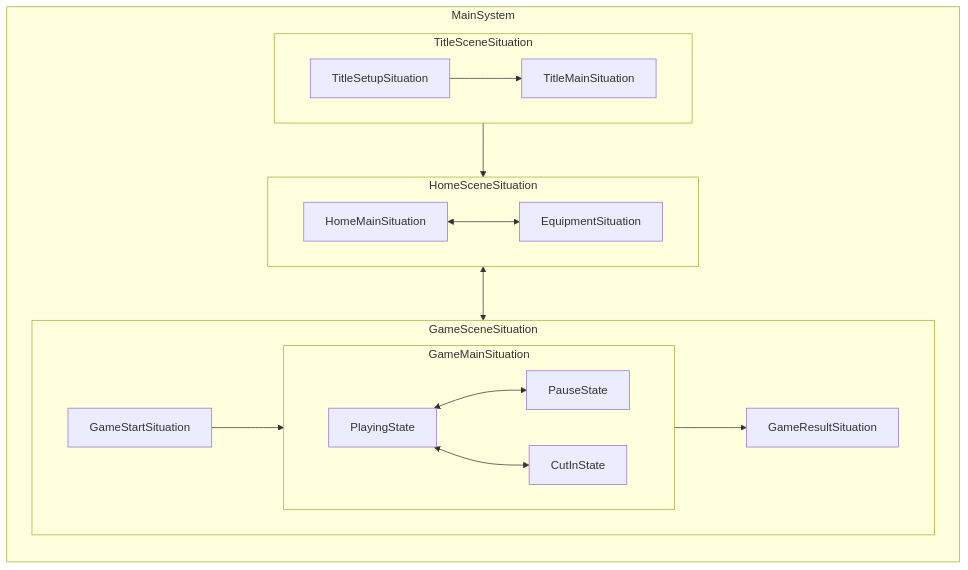
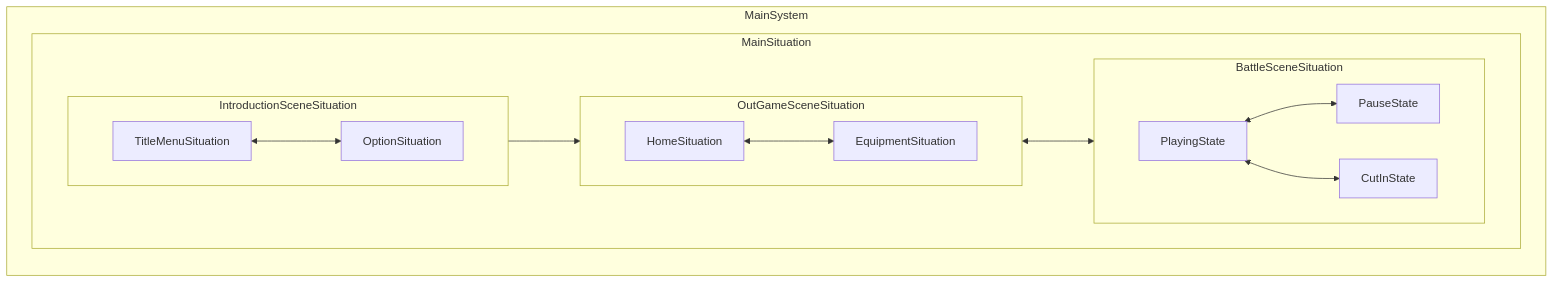
The diagram in README.md (DaitokuAmy/game-framework), drawn with Mermaid before and after one commit. The commit also changed other lines of this file, not shown here.

````diff
--- a/README.md
+++ b/README.md
@@ -92,23 +90,21 @@
 ```mermaid
 flowchart LR
 subgraph MainSystem
-  subgraph TitleSceneSituation
-    TitleSetupSituation --> TitleMainSituation
-  end
+  subgraph MainSituation
+    subgraph IntroductionSceneSituation
+      TitleMenuSituation <--> OptionSituation
+    end
 
-  subgraph HomeSceneSituation
-    HomeMainSituation <--> EquipmentSituation
-  end
-  
-  subgraph GameSceneSituation
-    subgraph GameMainSituation
+    subgraph OutGameSceneSituation
+      HomeSituation <--> EquipmentSituation
+    end
+    
+    subgraph BattleSceneSituation
       PlayingState <--> PauseState
       PlayingState <--> CutInState
     end
-  
-    GameStartSituation --> GameMainSituation --> GameResultSituation
+    
+    IntroductionSceneSituation --> OutGameSceneSituation <--> BattleSceneSituation
   end
-  
-  TitleSceneSituation --> HomeSceneSituation <--> GameSceneSituation
 end
 ```
````
